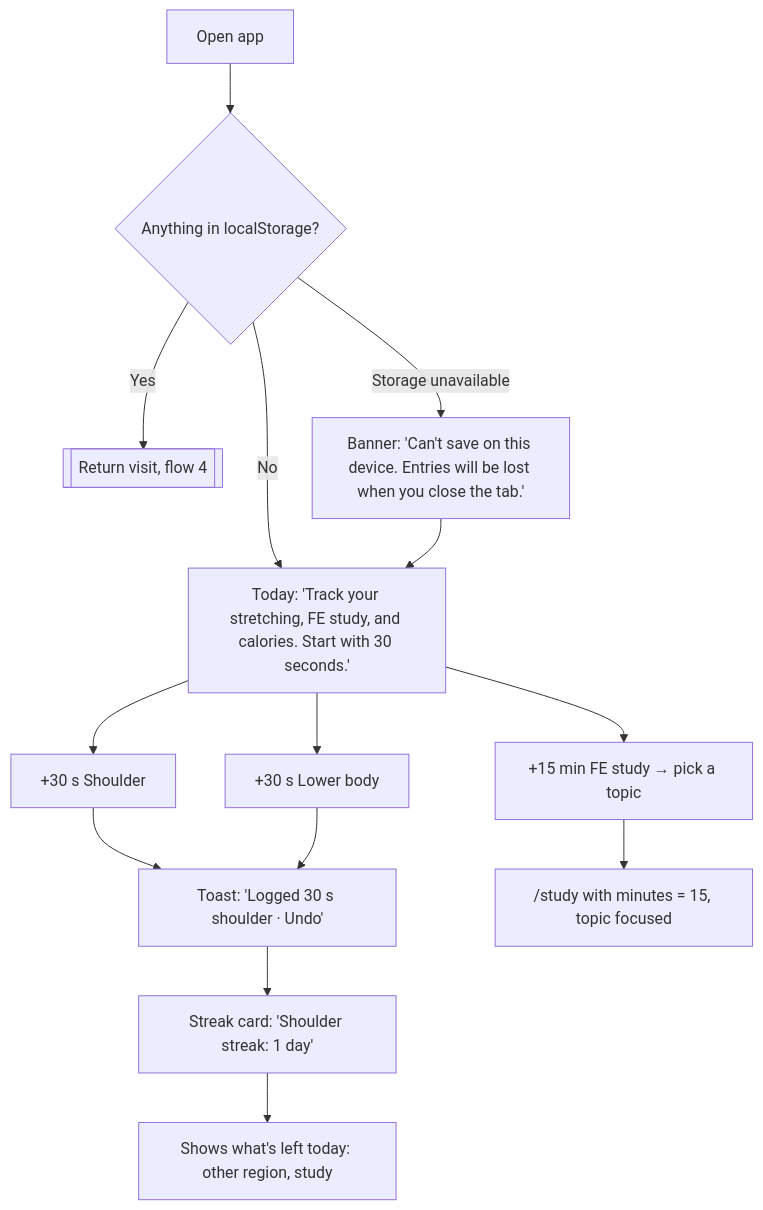
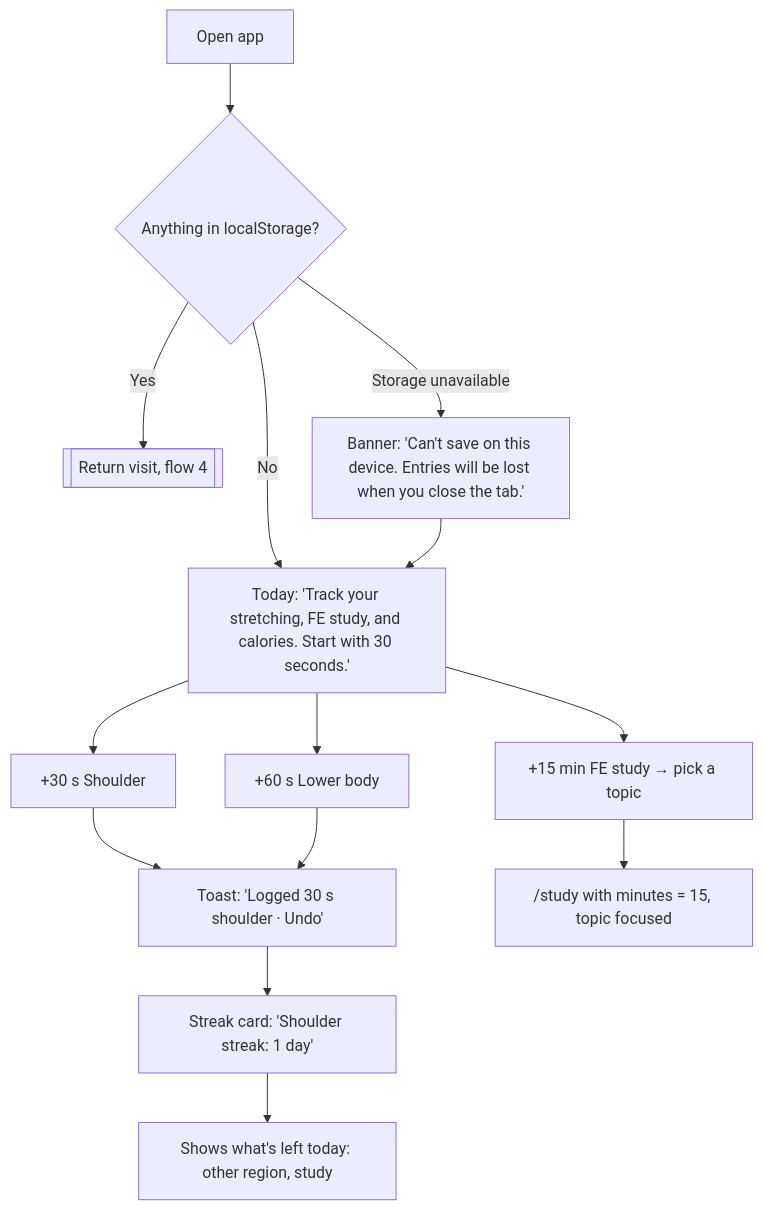
One commit to phamkd17/DBS-Assignment3 changed the second of 4 diagrams in flows.md. Above: the diagram before and after it, drawn with Mermaid. The commit also changed 2 other files, not shown here.

Commit message:
Default lower-body quick log to 60 s (streak minimum stays 30 s)

````diff
--- a/flows.md
+++ b/flows.md
@@ -29,16 +29,16 @@
 ```mermaid
 flowchart TD
   A[Open app] --> B{Anything in localStorage?}
   B -- No --> C["Today: 'Track your stretching, FE study, and calories. Start with 30 seconds.'"]
   B -- Yes --> R[[Return visit, flow 4]]
   B -- Storage unavailable --> X["Banner: 'Can't save on this device. Entries will be lost when you close the tab.'"]
   X --> C
   C --> D["+30 s Shoulder"]
-  C --> E["+30 s Lower body"]
+  C --> E["+60 s Lower body"]
   C --> F["+15 min FE study → pick a topic"]
   D --> G["Toast: 'Logged 30 s shoulder · Undo'"]
   E --> G
   F --> H["/study with minutes = 15, topic focused"]
   G --> I["Streak card: 'Shoulder streak: 1 day'"]
   I --> J[Shows what's left today: other region, study]
 ```
````
